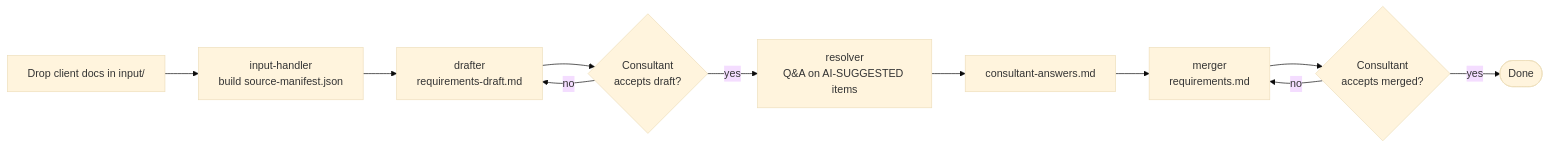
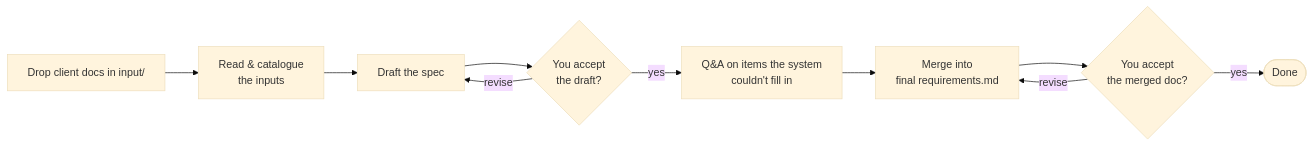
One commit to rodenacker/requirements-generator changed the first of 4 diagrams in README.md. Above: the diagram before and after it, drawn with Mermaid (base theme). The commit also changed other lines of this file, not shown here.

````diff
--- a/README.md
+++ b/README.md
@@ -38,13 +79,12 @@
 ```mermaid
 flowchart LR
-    A[Drop client docs in input/] --> B[input-handler<br/>build source-manifest.json]
-    B --> C[drafter<br/>requirements-draft.md]
-    C --> D{Consultant<br/>accepts draft?}
-    D -- no --> C
-    D -- yes --> E[resolver<br/>Q&A on AI-SUGGESTED items]
-    E --> F[consultant-answers.md]
-    F --> G[merger<br/>requirements.md]
-    G --> H{Consultant<br/>accepts merged?}
-    H -- no --> G
-    H -- yes --> I([Done])
+    A[Drop client docs in input/] --> B[Read & catalogue<br/>the inputs]
+    B --> C[Draft the spec]
+    C --> D{You accept<br/>the draft?}
+    D -- revise --> C
+    D -- yes --> E[Q&A on items the system<br/>couldn't fill in]
+    E --> F[Merge into<br/>final requirements.md]
+    F --> G{You accept<br/>the merged doc?}
+    G -- revise --> F
+    G -- yes --> H([Done])
 ```
````
